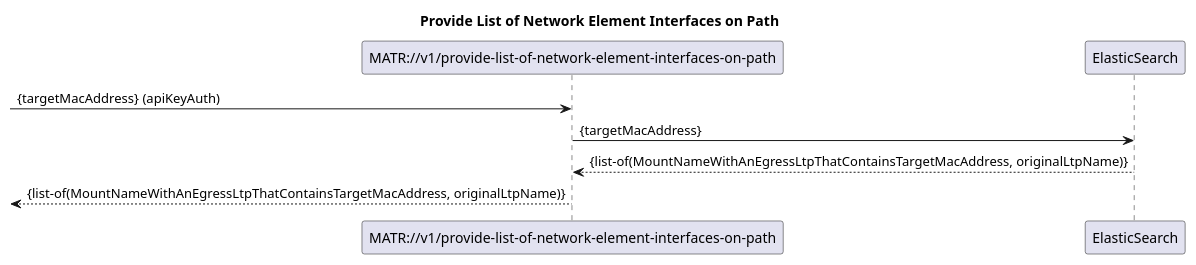
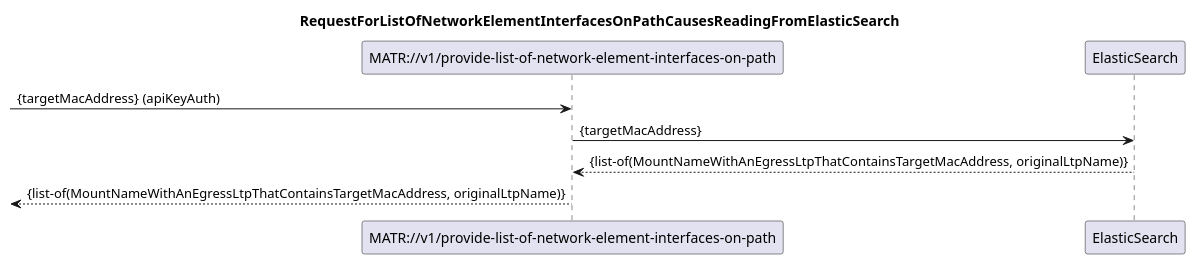
The diagram in spec/diagrams/05x_ProvideListOfNetworkElementInterfacesOnPath.plantuml (openBackhaul/MacAddressTableRecorder), drawn with PlantUML before and after one commit. The commit also changed 18 other files, not shown here.

```diff
--- a/spec/diagrams/05x_ProvideListOfNetworkElementInterfacesOnPath.plantuml
+++ b/spec/diagrams/05x_ProvideListOfNetworkElementInterfacesOnPath.plantuml
@@ -1,16 +1,16 @@
 @startuml 05x_ProvideListOfNetworkElementInterfacesOnPath
 skinparam responseMessageBelowArrow true
 
-title Provide List of Network Element Interfaces on Path
+title RequestForListOfNetworkElementInterfacesOnPathCausesReadingFromElasticSearch
 
 participant "MATR://v1/provide-list-of-network-element-interfaces-on-path"
 participant "ElasticSearch"
 
 [-> "MATR://v1/provide-list-of-network-element-interfaces-on-path": {targetMacAddress} (apiKeyAuth)
 
 "MATR://v1/provide-list-of-network-element-interfaces-on-path" -> "ElasticSearch": {targetMacAddress}
 "ElasticSearch" --> "MATR://v1/provide-list-of-network-element-interfaces-on-path": {list-of(MountNameWithAnEgressLtpThatContainsTargetMacAddress, originalLtpName)}
 
 [<-- "MATR://v1/provide-list-of-network-element-interfaces-on-path": {list-of(MountNameWithAnEgressLtpThatContainsTargetMacAddress, originalLtpName)}
 
 @enduml
```
